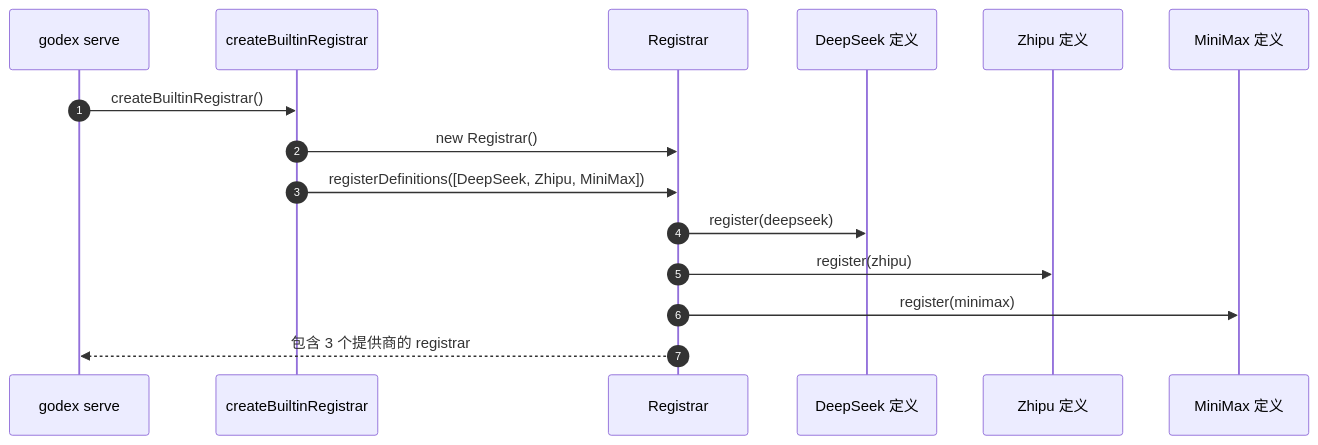
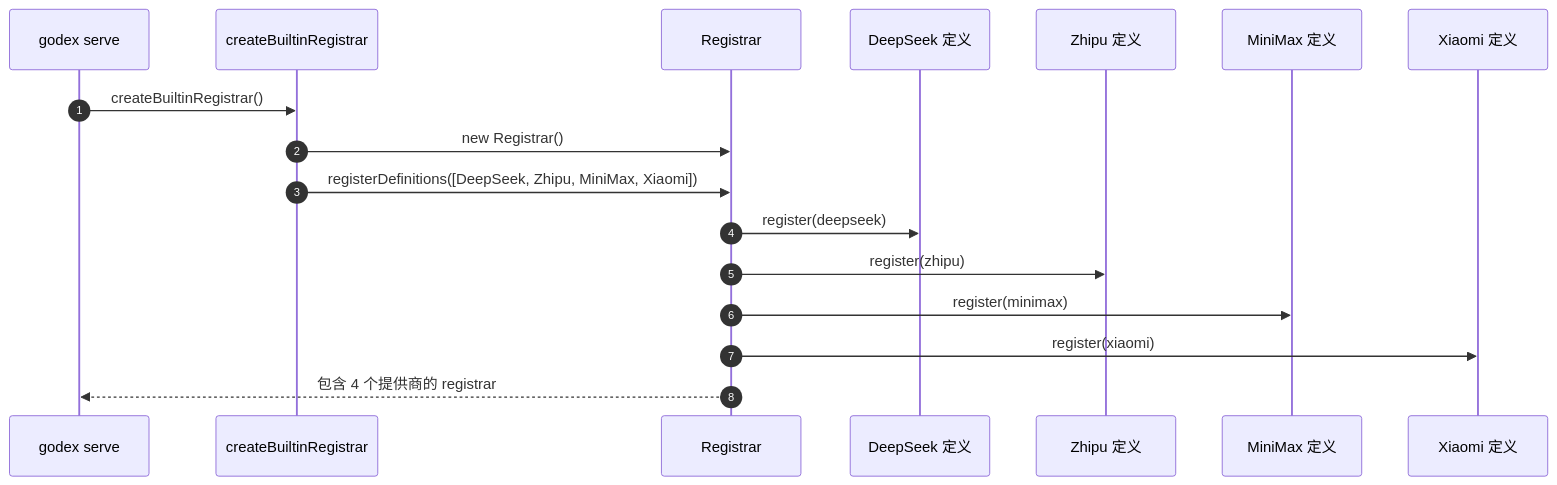
The second of 2 diagrams in wiki/zh/01-getting-started/builtin-providers.md (zamelee/GodeX), drawn with Mermaid before and after one commit. The commit also changed other lines of this file and 32 other files, not shown here.

````diff
--- a/wiki/zh/01-getting-started/builtin-providers.md
+++ b/wiki/zh/01-getting-started/builtin-providers.md
@@ -183,18 +142,20 @@
 ```mermaid
 sequenceDiagram
     autonumber
     participant CLI as godex serve
     participant Builtin as createBuiltinRegistrar
     participant Registrar as Registrar
     participant DeepSeek as DeepSeek 定义
     participant Zhipu as Zhipu 定义
     participant MiniMax as MiniMax 定义
+    participant Xiaomi as Xiaomi 定义
 
     CLI->>Builtin: createBuiltinRegistrar()
     Builtin->>Registrar: new Registrar()
-    Builtin->>Registrar: registerDefinitions([DeepSeek, Zhipu, MiniMax])
+    Builtin->>Registrar: registerDefinitions([DeepSeek, Zhipu, MiniMax, Xiaomi])
     Registrar->>DeepSeek: register(deepseek)
     Registrar->>Zhipu: register(zhipu)
     Registrar->>MiniMax: register(minimax)
-    Registrar-->>CLI: 包含 3 个提供商的 registrar
+    Registrar->>Xiaomi: register(xiaomi)
+    Registrar-->>CLI: 包含 4 个提供商的 registrar
 ```
````
